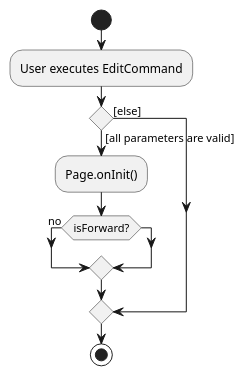
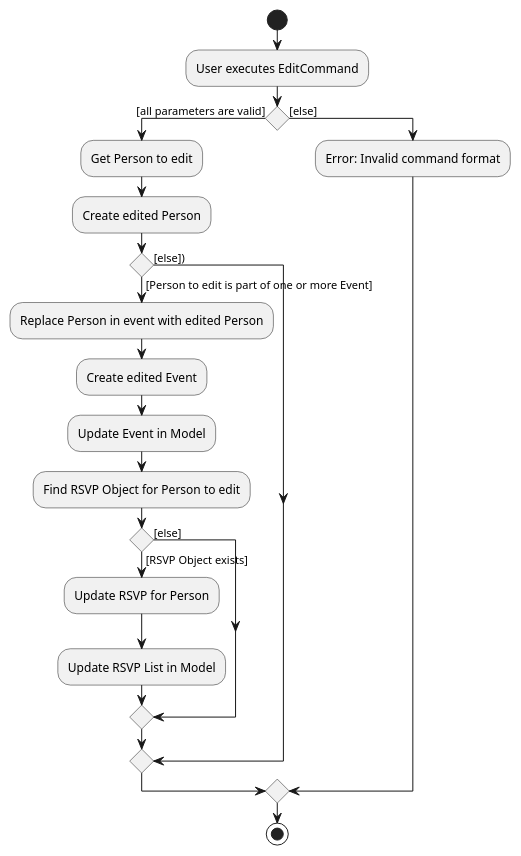
Before and after one commit to vivienherq/cs2103-tp-eventwise: the diagram in docs/diagrams/EditPersonActivityDiagram.puml, drawn with PlantUML. The commit also changed 3 other files, not shown here.

Commit message:
Update EditVenueSequenceDiagram

```diff
--- a/docs/diagrams/EditPersonActivityDiagram.puml
+++ b/docs/diagrams/EditPersonActivityDiagram.puml
@@ -1,16 +1,27 @@
 @startuml
 'https://plantuml.com/activity-diagram-beta
 
 start
 :User executes EditCommand;
 if () then ([all parameters are valid])
-  :Page.onInit();
-  if (isForward?) then (no)
-
+  :Get Person to edit;
+  :Create edited Person;
+  if () then ([Person to edit is part of one or more Event])
+    :Replace Person in event with edited Person;
+    :Create edited Event;
+    :Update Event in Model;
+    :Find RSVP Object for Person to edit;
+    if () then ([RSVP Object exists])
+       :Update RSVP for Person;
+       :Update RSVP List in Model;
+    else ([else])
+    endif
+  else ([else]))
   endif
 else ([else])
+    :Error: Invalid command format;
 endif
 
 stop
 
 @enduml
```
